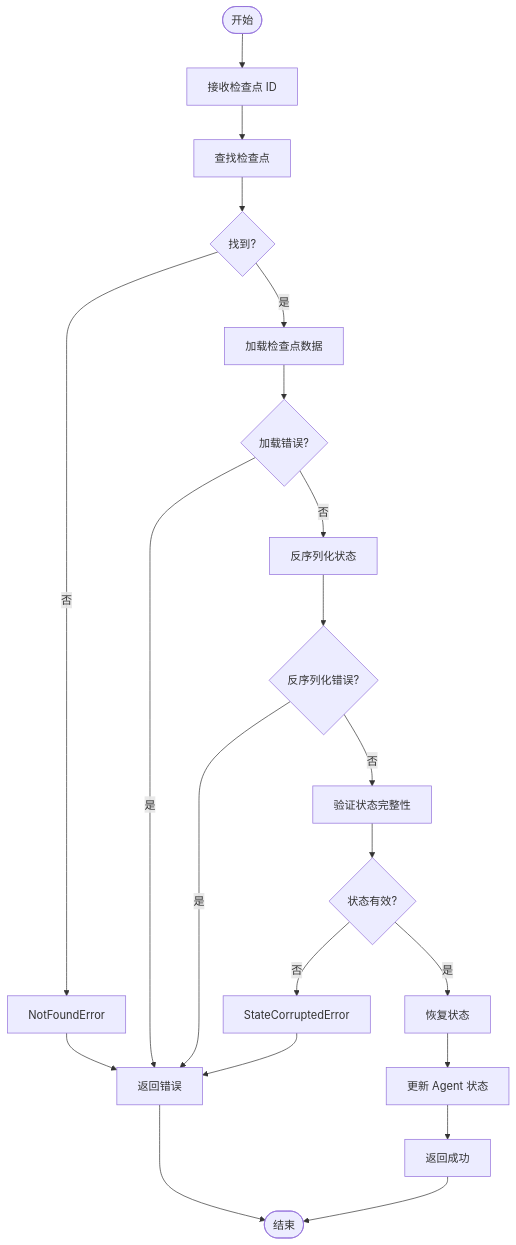
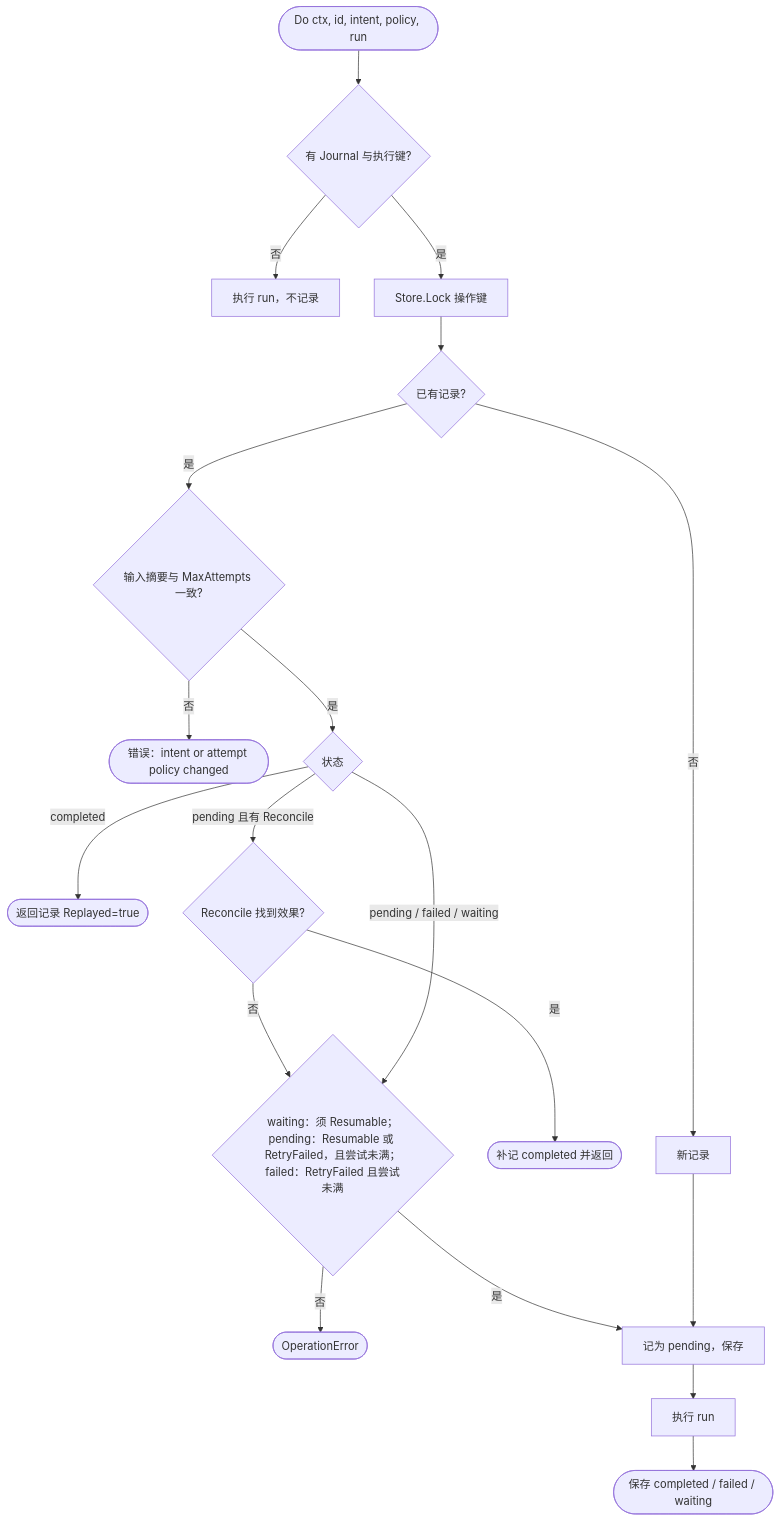
One commit to kart-io/goagent changed the fourth of 5 diagrams in docs/design/FLOW_DIAGRAMS.md. Above: the diagram before and after it, drawn with Mermaid. The commit also changed other lines of this file and 87 other files, not shown here.

````diff
--- a/docs/design/FLOW_DIAGRAMS.md
+++ b/docs/design/FLOW_DIAGRAMS.md
@@ -331,29 +111,21 @@
 ```mermaid
 flowchart TB
-    START([开始]) --> RECEIVE[接收检查点 ID]
-    RECEIVE --> LOOKUP[查找检查点]
-
-    LOOKUP --> FOUND{找到?}
-    FOUND -->|否| NOT_FOUND[NotFoundError]
-    NOT_FOUND --> ERROR[返回错误]
-
-    FOUND -->|是| LOAD[加载检查点数据]
-    LOAD --> LOAD_ERROR{加载错误?}
-    LOAD_ERROR -->|是| ERROR
-
-    LOAD_ERROR -->|否| DESERIALIZE[反序列化状态]
-    DESERIALIZE --> DES_ERROR{反序列化错误?}
-    DES_ERROR -->|是| ERROR
-
-    DES_ERROR -->|否| VALIDATE[验证状态完整性]
-    VALIDATE --> VALID{状态有效?}
-    VALID -->|否| INVALID[StateCorruptedError]
-    INVALID --> ERROR
-
-    VALID -->|是| RESTORE[恢复状态]
-    RESTORE --> UPDATE[更新 Agent 状态]
-    UPDATE --> SUCCESS[返回成功]
-
-    ERROR --> END([结束])
-    SUCCESS --> END
+    IN([Do ctx, id, intent, policy, run]) --> J{有 Journal 与执行键?}
+    J -->|否| RUN0[执行 run，不记录]
+    J -->|是| LOCK[Store.Lock 操作键]
+    LOCK --> LOAD{已有记录?}
+    LOAD -->|否| NEW[新记录]
+    LOAD -->|是| SAME{输入摘要与 MaxAttempts 一致?}
+    SAME -->|否| CHG([错误：intent or attempt policy changed])
+    SAME -->|是| ST{状态}
+    ST -->|completed| REPLAY([返回记录 Replayed=true])
+    ST -->|pending 且有 Reconcile| REC{Reconcile 找到效果?}
+    REC -->|是| FILL([补记 completed 并返回])
+    REC -->|否| RETRY
+    ST -->|pending / failed / waiting| RETRY{waiting：须 Resumable；<br/>pending：Resumable 或 RetryFailed，且尝试未满；<br/>failed：RetryFailed 且尝试未满}
+    RETRY -->|否| OPERR([OperationError])
+    RETRY -->|是| PEND
+    NEW --> PEND[记为 pending，保存]
+    PEND --> RUN[执行 run]
+    RUN --> SAVE([保存 completed / failed / waiting])
 ```
````
